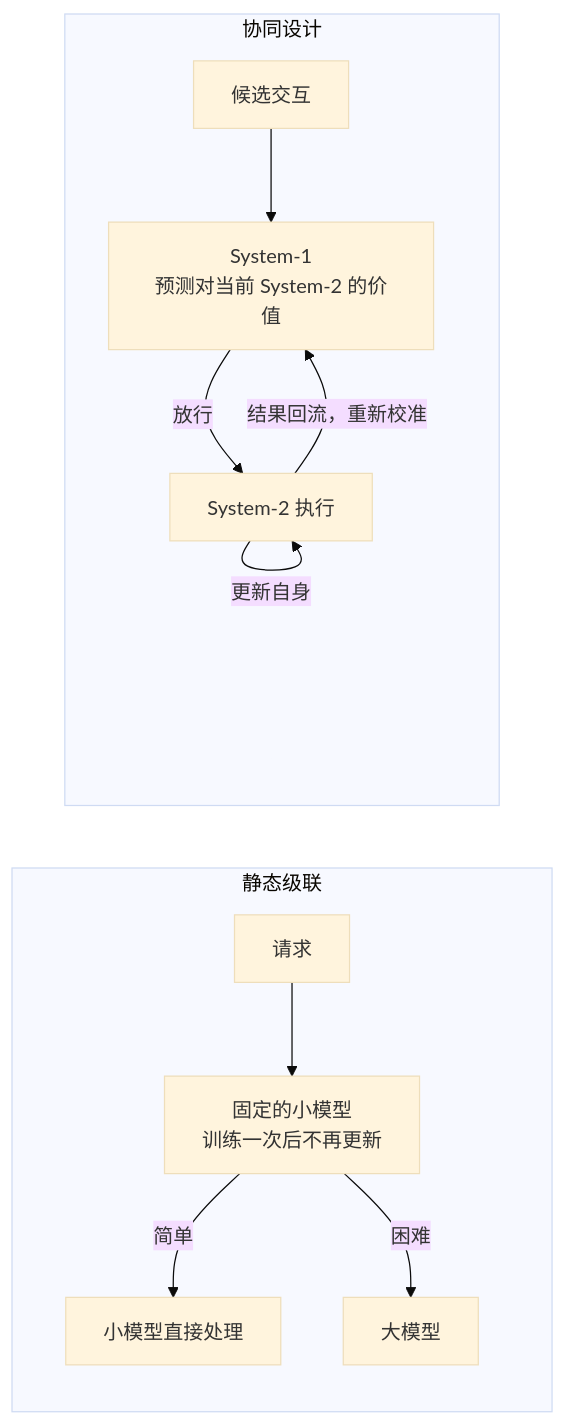
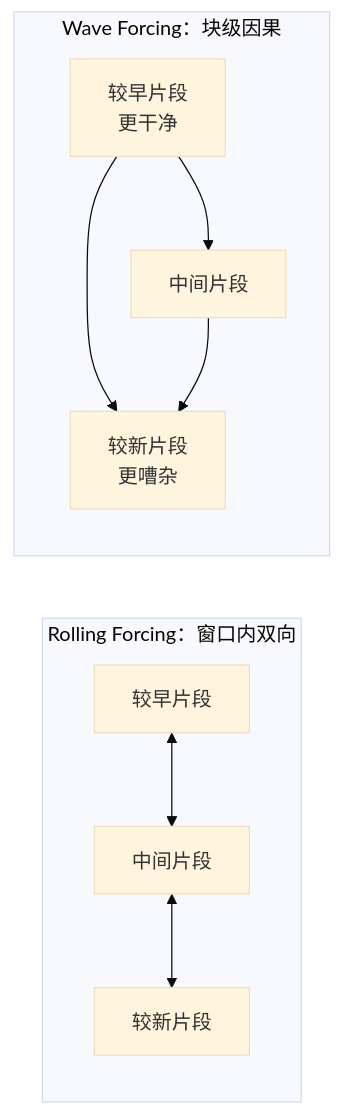
Before and after one commit to yingwang/paper-reads: the second of 4 diagrams in docs/index.md, drawn with Mermaid (base theme). The commit also changed other lines of this file and 2 other files, not shown here.

First line of the commit message:
Add 2026-11-03-wave-forcing-streaming-video-generation

````diff
--- a/docs/index.md
+++ b/docs/index.md
@@ -106,14 +122,12 @@
 ```mermaid
 flowchart LR
-    subgraph S["静态级联"]
-        R1["请求"] --> F1["固定的小模型<br/>训练一次后不再更新"]
-        F1 -->|"简单"| A1["小模型直接处理"]
-        F1 -->|"困难"| L1["大模型"]
+    subgraph R["Rolling Forcing：窗口内双向"]
+        a1["较早片段"] <--> a2["中间片段"]
+        a2 <--> a3["较新片段"]
     end
-    subgraph C["协同设计"]
-        R2["候选交互"] --> P2["System-1<br/>预测对当前 System-2 的价值"]
-        P2 -->|"放行"| E2["System-2 执行"]
-        E2 -->|"结果回流，重新校准"| P2
-        E2 -->|"更新自身"| E2
+    subgraph W["Wave Forcing：块级因果"]
+        b1["较早片段<br/>更干净"] --> b2["中间片段"]
+        b1 --> b3["较新片段<br/>更嘈杂"]
+        b2 --> b3
     end
 ```
````
